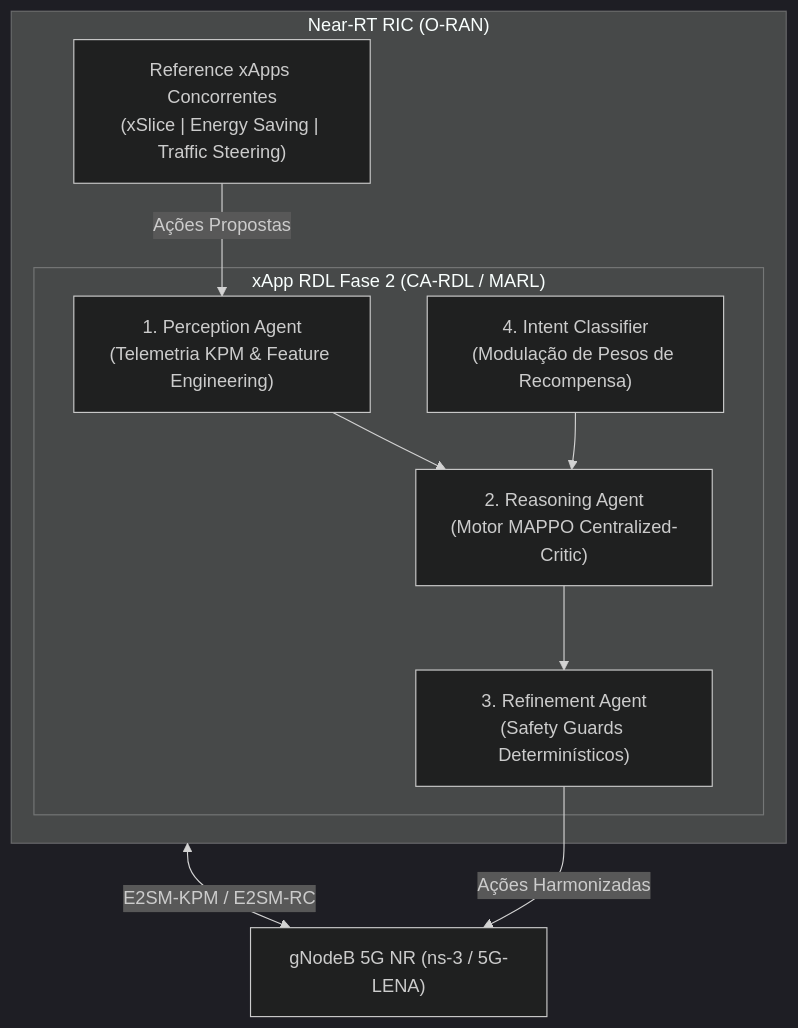
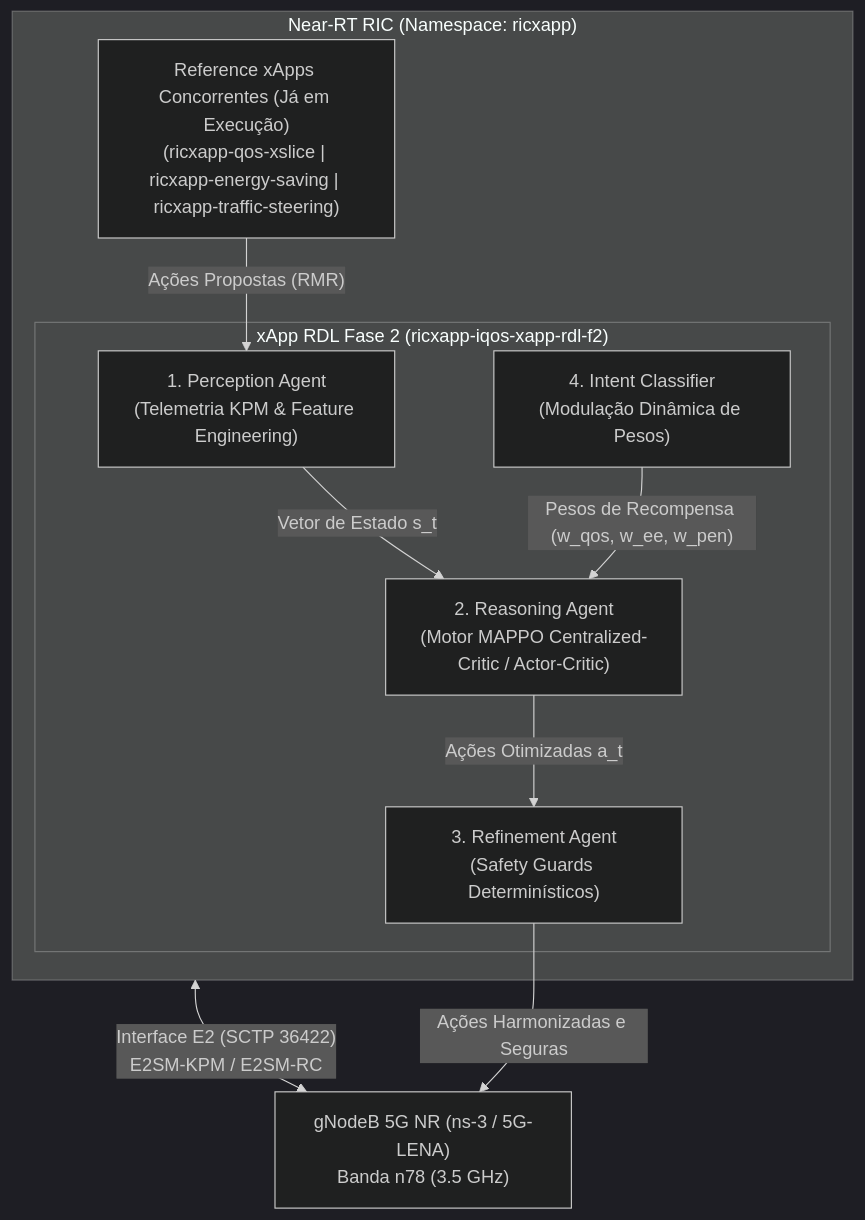
The diagram in README.md (georgebarbosa3090/XApp-RDL-F2), drawn with Mermaid (dark theme) before and after one commit. The commit also changed other lines of this file and 6 other files, not shown here.

Commit message:
docs: comprehensive update of README.md, diagrams, and volumes 01-07 for Phase 2

````diff
--- a/README.md
+++ b/README.md
@@ -32,20 +32,20 @@
 ```mermaid
 graph TD
-    subgraph NearRTRIC["Near-RT RIC (O-RAN)"]
-        subgraph RDL_F2["xApp RDL Fase 2 (CA-RDL / MARL)"]
+    subgraph NearRTRIC["Near-RT RIC (Namespace: ricxapp)"]
+        subgraph RDL_F2["xApp RDL Fase 2 (ricxapp-iqos-xapp-rdl-f2)"]
             PA["1. Perception Agent<br/>(Telemetria KPM & Feature Engineering)"]
-            RA["2. Reasoning Agent<br/>(Motor MAPPO Centralized-Critic)"]
+            RA["2. Reasoning Agent<br/>(Motor MAPPO Centralized-Critic / Actor-Critic)"]
             RE["3. Refinement Agent<br/>(Safety Guards Determinísticos)"]
-            IC["4. Intent Classifier<br/>(Modulação de Pesos de Recompensa)"]
+            IC["4. Intent Classifier<br/>(Modulação Dinâmica de Pesos)"]
         end
 
-        XAPPS["Reference xApps Concorrentes<br/>(xSlice | Energy Saving | Traffic Steering)"]
+        XAPPS["Reference xApps Concorrentes (Já em Execução)<br/>(ricxapp-qos-xslice | ricxapp-energy-saving | ricxapp-traffic-steering)"]
     end
 
-    gNB["gNodeB 5G NR (ns-3 / 5G-LENA)"] <-->|E2SM-KPM / E2SM-RC| NearRTRIC
-    XAPPS -->|Ações Propostas| PA
-    PA --> RA
-    IC --> RA
-    RA --> RE
-    RE -->|Ações Harmonizadas| gNB
+    gNB["gNodeB 5G NR (ns-3 / 5G-LENA)<br/>Banda n78 (3.5 GHz)"] <-->|"Interface E2 (SCTP 36422)<br/>E2SM-KPM / E2SM-RC"| NearRTRIC
+    XAPPS -->|"Ações Propostas (RMR)"| PA
+    PA -->|"Vetor de Estado s_t"| RA
+    IC -->|"Pesos de Recompensa (w_qos, w_ee, w_pen)"| RA
+    RA -->|"Ações Otimizadas a_t"| RE
+    RE -->|"Ações Harmonizadas e Seguras"| gNB
 ```
````
